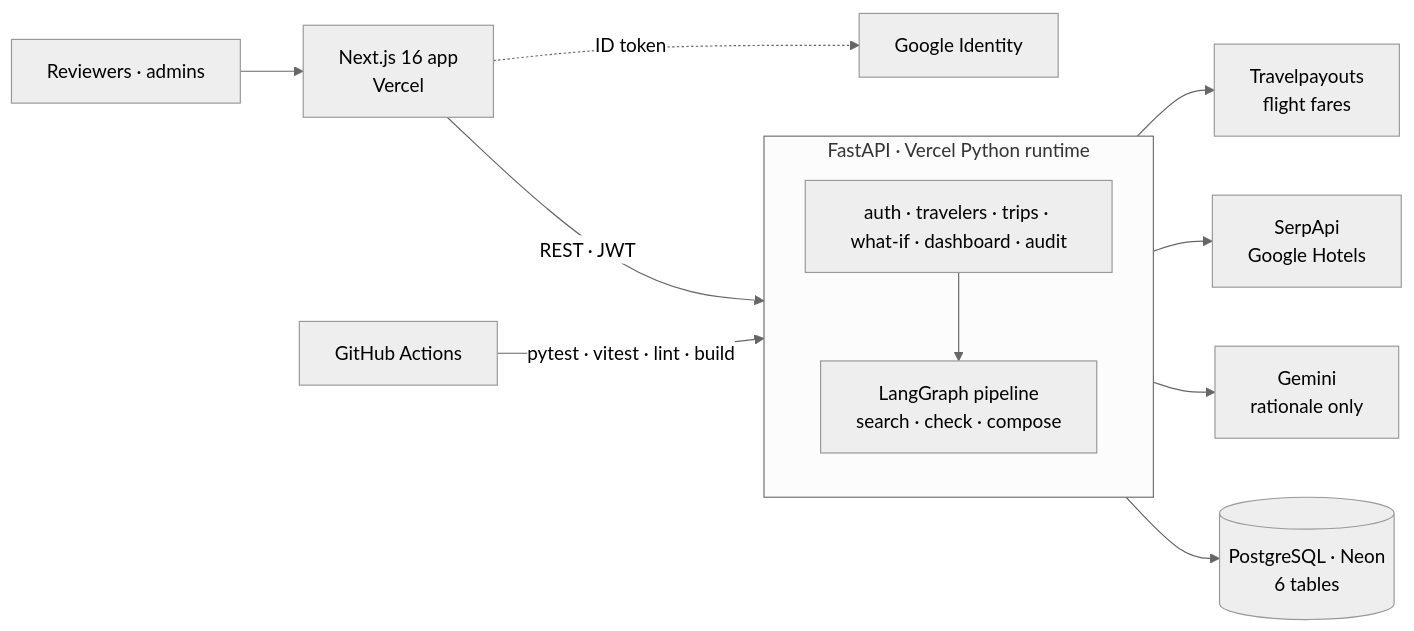
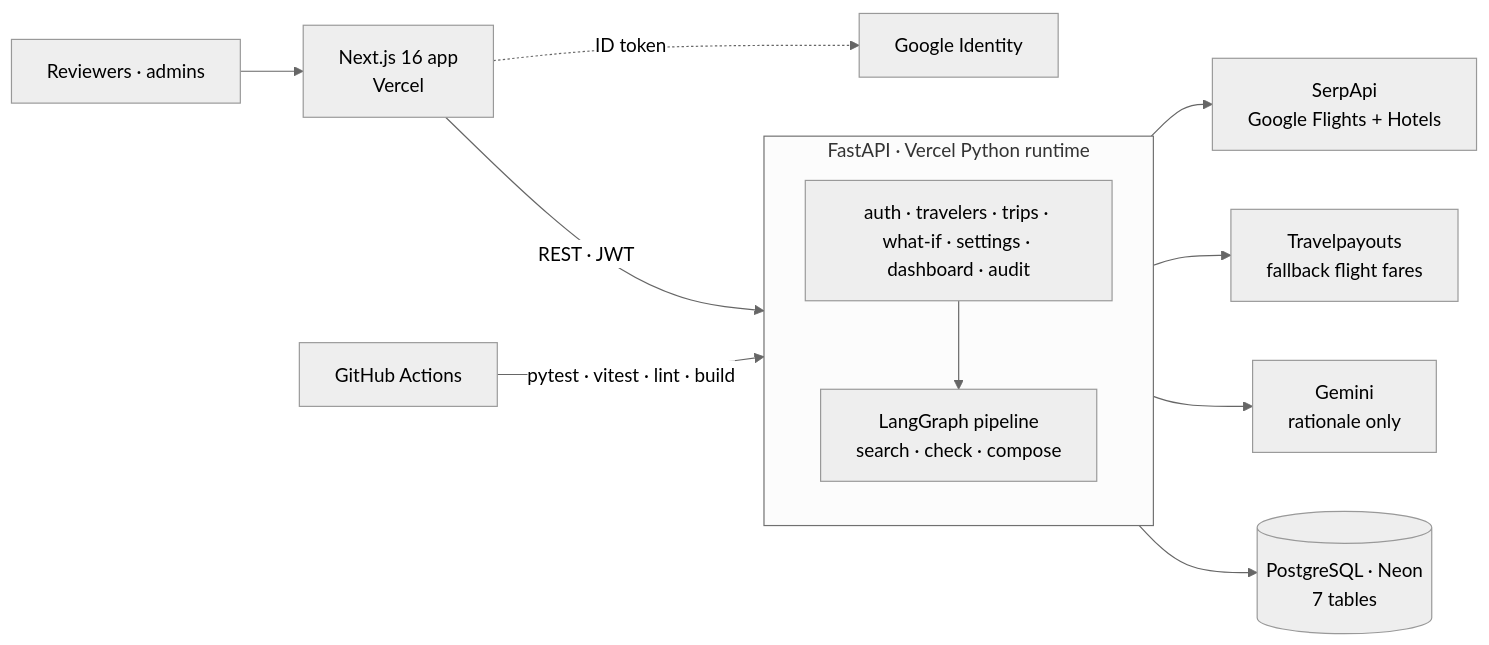
One commit to bhuvan-somisetty/AI-Trip-Optimizer changed the second of 2 diagrams in README.md. Above: the diagram before and after it, drawn with Mermaid (neutral theme). The commit also changed other lines of this file, not shown here.

````diff
--- a/README.md
+++ b/README.md
@@ -170,15 +171,15 @@
 ```mermaid
 flowchart LR
     U[Reviewers · admins] --> FE[Next.js 16 app<br/>Vercel]
     FE -- "REST · JWT" --> API
     FE -. "ID token" .-> GI[Google Identity]
     subgraph API["FastAPI · Vercel Python runtime"]
         direction TB
-        AU[auth · travelers · trips · what-if · dashboard · audit] --> PL[LangGraph pipeline<br/>search · check · compose]
+        AU[auth · travelers · trips · what-if · settings · dashboard · audit] --> PL[LangGraph pipeline<br/>search · check · compose]
     end
-    API --> PG[(PostgreSQL · Neon<br/>6 tables)]
-    PL --> TP[Travelpayouts<br/>flight fares]
-    PL --> SA[SerpApi<br/>Google Hotels]
+    API --> PG[(PostgreSQL · Neon<br/>7 tables)]
+    PL --> SA[SerpApi<br/>Google Flights + Hotels]
+    PL --> TP[Travelpayouts<br/>fallback flight fares]
     PL --> GM[Gemini<br/>rationale only]
     GH[GitHub Actions] -- "pytest · vitest · lint · build" --> API
 ```
````
